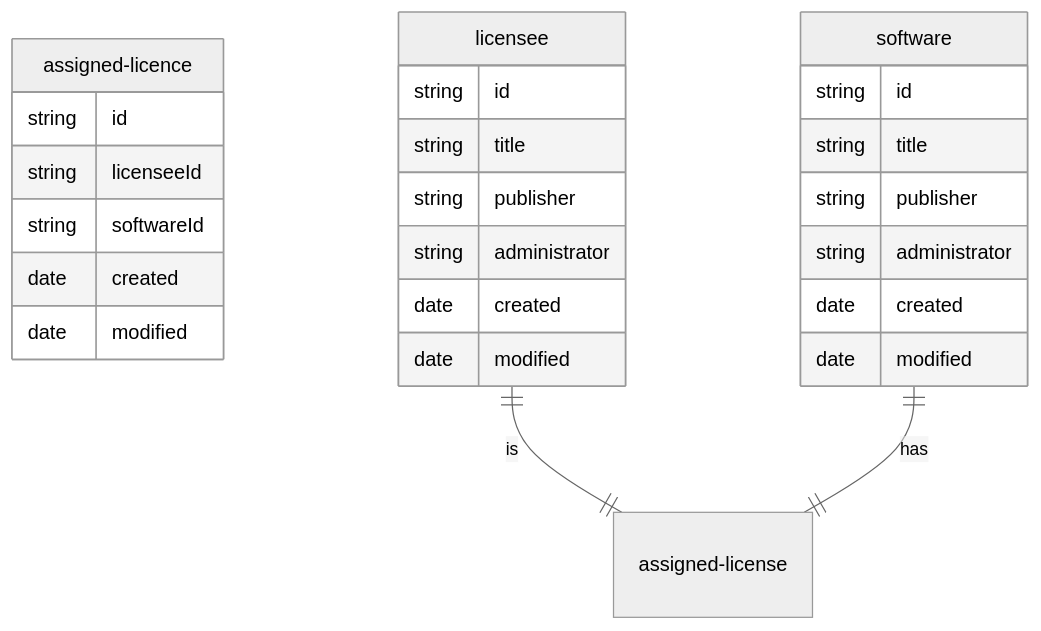
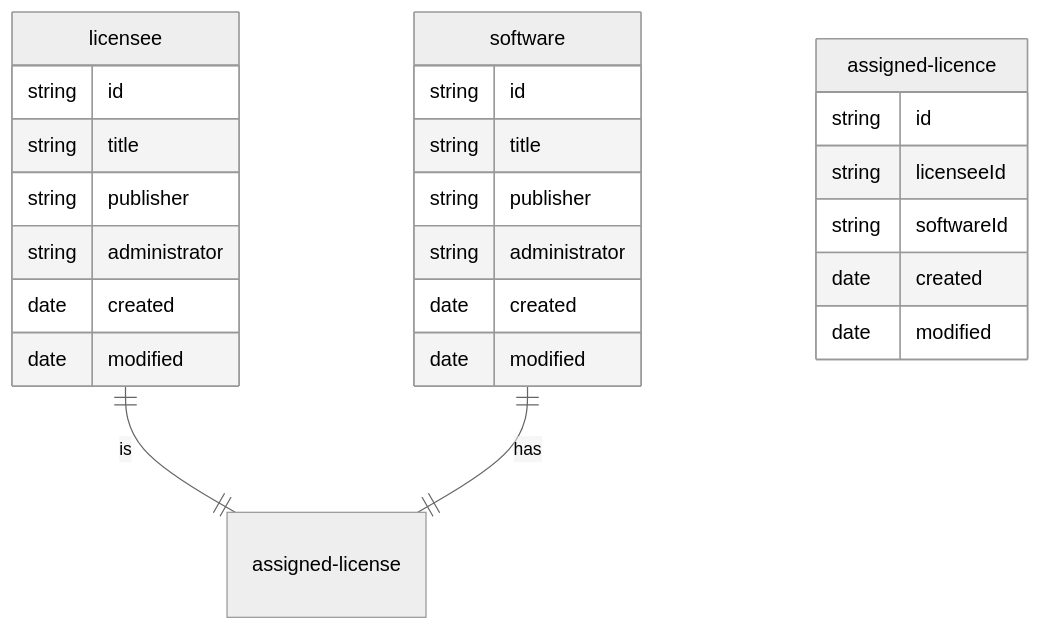
Before and after one commit to bcgov/citz-imb-slam-api: the diagram in technical.md, drawn with Mermaid (neutral theme). The commit also changed other lines of this file, not shown here.

````diff
--- a/technical.md
+++ b/technical.md
@@ -7,29 +7,29 @@
 ```mermaid
 erDiagram
-    assigned-licence {
-        string id
-        string licenseeId
-        string softwareId
-        date created
-        date modified
-    }
     licensee ||--|| assigned-license: is
     licensee {
         string id
         string title
         string publisher
         string administrator
         date created
         date modified
     }
     software ||--|| assigned-license: has
     software {
         string id
         string title
         string publisher
         string administrator
         date created
         date modified
     }
+    assigned-licence {
+        string id
+        string licenseeId
+        string softwareId
+        date created
+        date modified
+    }
     
 ```
````
